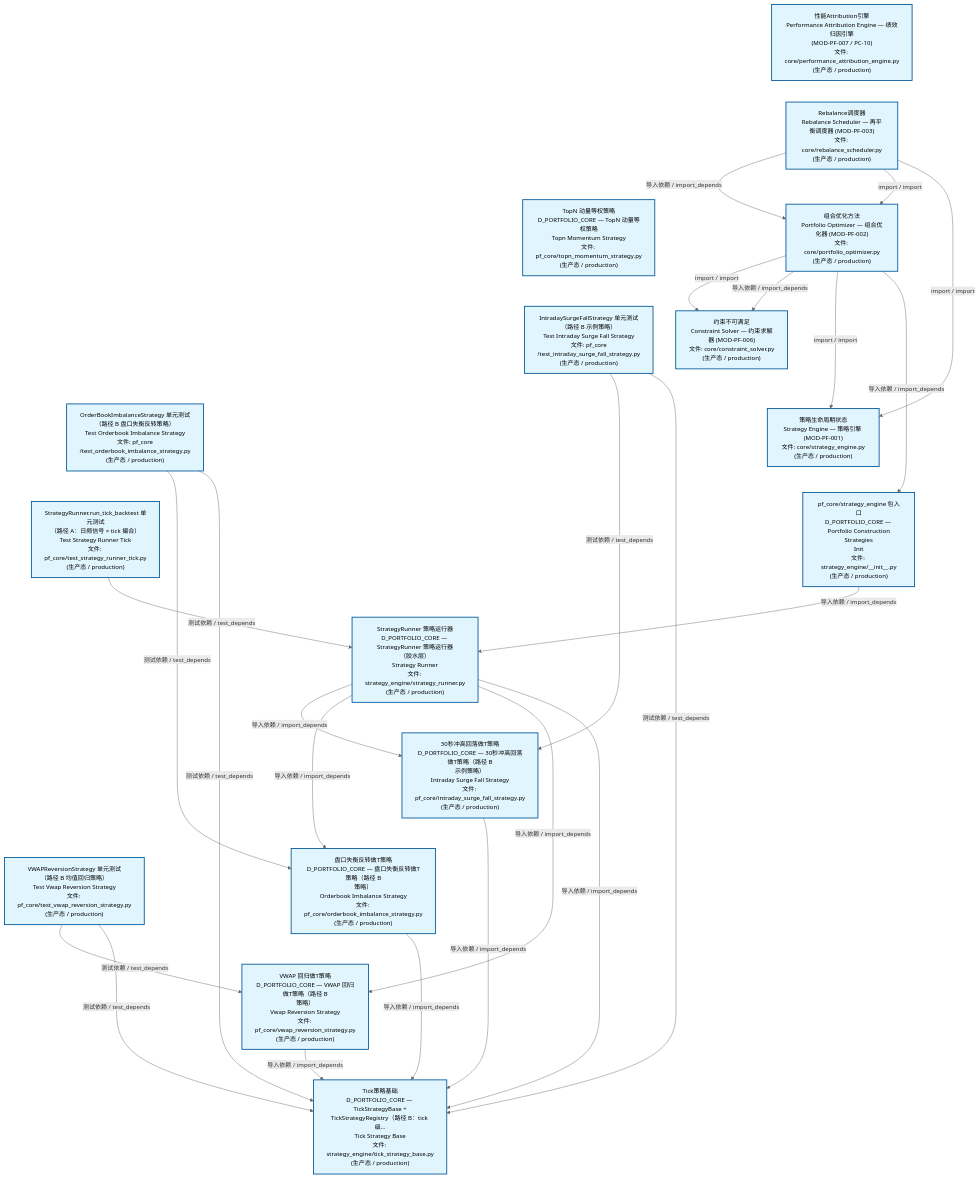
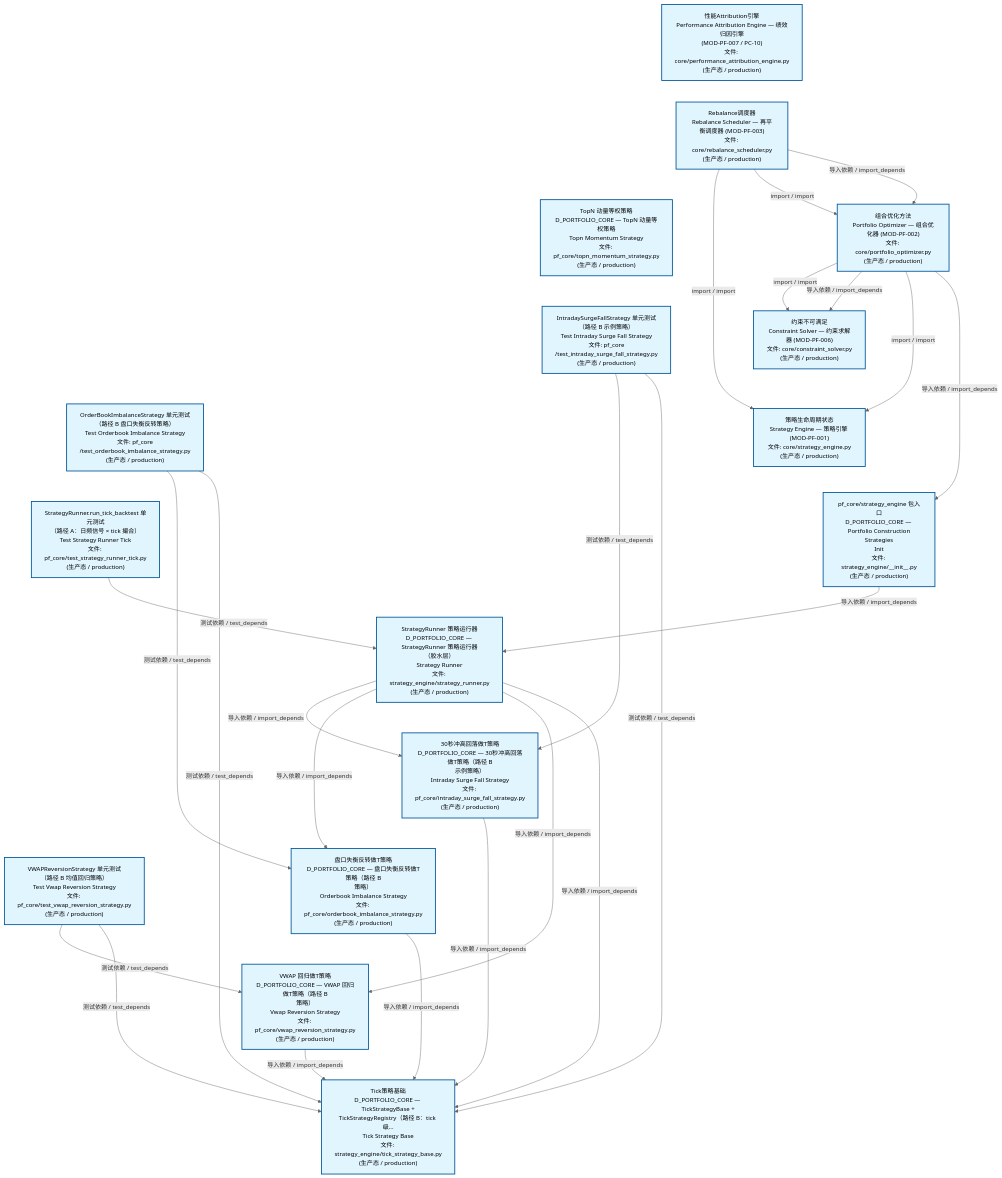
The second of 3 diagrams in docs/02_enterprise_architecture/02_domain_architecture_docs/63_d_pf_core.md (xuanFelixVan/ZephyrAlpha), drawn with Mermaid before and after one commit. The commit also changed other lines of this file and 50 other files, not shown here.

````diff
--- a/docs/02_enterprise_architecture/02_domain_architecture_docs/63_d_pf_core.md
+++ b/docs/02_enterprise_architecture/02_domain_architecture_docs/63_d_pf_core.md
@@ -140,57 +140,57 @@
 ```mermaid
 %%{init: {'theme': 'base', 'themeVariables': {'primaryColor': '#eaeaea', 'primaryTextColor': '#333333', 'primaryBorderColor': '#666666', 'lineColor': '#666666', 'secondaryColor': '#eaeaea', 'tertiaryColor': '#eaeaea', 'fontSize': '14px'}}}%%
 flowchart TD
     src_zephyr_pf_core_core_performance_attribution_engine_py["性能Attribution引擎<br/>Performance Attribution Engine — 绩效归因引擎<br/>(MOD-PF-007 / PC-10)<br/>文件: core/performance_attribution_engine.py<br/>(生产态 / production)"]
     src_zephyr_pf_core_core_rebalance_scheduler_py["Rebalance调度器<br/>Rebalance Scheduler — 再平衡调度器 (MOD-PF-003)<br/>文件: core/rebalance_scheduler.py<br/>(生产态 / production)"]
     src_zephyr_pf_core_topn_momentum_strategy_py["TopN 动量等权策略<br/>D_PORTFOLIO_CORE — TopN 动量等权策略<br/>Topn Momentum Strategy<br/>文件: pf_core/topn_momentum_strategy.py<br/>(生产态 / production)"]
     tests_pf_core_test_intraday_surge_fall_strategy_py["IntradaySurgeFallStrategy 单元测试<br/>（路径 B 示例策略）<br/>Test Intraday Surge Fall Strategy<br/>文件: pf_core<br/>/test_intraday_surge_fall_strategy.py<br/>(生产态 / production)"]
     tests_pf_core_test_orderbook_imbalance_strategy_py["OrderBookImbalanceStrategy 单元测试<br/>（路径 B 盘口失衡反转策略）<br/>Test Orderbook Imbalance Strategy<br/>文件: pf_core<br/>/test_orderbook_imbalance_strategy.py<br/>(生产态 / production)"]
     tests_pf_core_test_strategy_runner_tick_py["StrategyRunner.run_tick_backtest 单元测试<br/>（路径 A：日频信号 × tick 撮合）<br/>Test Strategy Runner Tick<br/>文件: pf_core/test_strategy_runner_tick.py<br/>(生产态 / production)"]
     tests_pf_core_test_vwap_reversion_strategy_py["VWAPReversionStrategy 单元测试<br/>（路径 B 均值回归策略）<br/>Test Vwap Reversion Strategy<br/>文件: pf_core/test_vwap_reversion_strategy.py<br/>(生产态 / production)"]
     src_zephyr_pf_core_core_performance_attribution_engine_py ~~~ src_zephyr_pf_core_core_rebalance_scheduler_py
     src_zephyr_pf_core_core_rebalance_scheduler_py ~~~ src_zephyr_pf_core_topn_momentum_strategy_py
     src_zephyr_pf_core_topn_momentum_strategy_py ~~~ tests_pf_core_test_intraday_surge_fall_strategy_py
     tests_pf_core_test_intraday_surge_fall_strategy_py ~~~ tests_pf_core_test_orderbook_imbalance_strategy_py
     tests_pf_core_test_orderbook_imbalance_strategy_py ~~~ tests_pf_core_test_strategy_runner_tick_py
     tests_pf_core_test_strategy_runner_tick_py ~~~ tests_pf_core_test_vwap_reversion_strategy_py
     src_zephyr_pf_core_core_portfolio_optimizer_py["组合优化方法<br/>Portfolio Optimizer — 组合优化器 (MOD-PF-002)<br/>文件: core/portfolio_optimizer.py<br/>(生产态 / production)"]
     src_zephyr_pf_core_core_constraint_solver_py["约束不可满足<br/>Constraint Solver — 约束求解器 (MOD-PF-006)<br/>文件: core/constraint_solver.py<br/>(生产态 / production)"]
     src_zephyr_pf_core_core_strategy_engine_py["策略生命周期状态<br/>Strategy Engine — 策略引擎 (MOD-PF-001)<br/>文件: core/strategy_engine.py<br/>(生产态 / production)"]
     src_zephyr_pf_core_strategy_engine_init_py["pf_core/strategy_engine 包入口<br/>D_PORTFOLIO_CORE — Portfolio Construction<br/>Strategies<br/>Init<br/>文件: strategy_engine/__init__.py<br/>(生产态 / production)"]
     src_zephyr_pf_core_core_constraint_solver_py ~~~ src_zephyr_pf_core_core_strategy_engine_py
     src_zephyr_pf_core_core_strategy_engine_py ~~~ src_zephyr_pf_core_strategy_engine_init_py
     src_zephyr_pf_core_strategy_engine_strategy_runner_py["StrategyRunner 策略运行器<br/>D_PORTFOLIO_CORE — StrategyRunner 策略运行器<br/>（胶水层）<br/>Strategy Runner<br/>文件: strategy_engine/strategy_runner.py<br/>(生产态 / production)"]
     src_zephyr_pf_core_intraday_surge_fall_strategy_py["30秒冲高回落做T策略<br/>D_PORTFOLIO_CORE — 30秒冲高回落做T策略（路径 B<br/>示例策略）<br/>Intraday Surge Fall Strategy<br/>文件: pf_core/intraday_surge_fall_strategy.py<br/>(生产态 / production)"]
     src_zephyr_pf_core_orderbook_imbalance_strategy_py["盘口失衡反转做T策略<br/>D_PORTFOLIO_CORE — 盘口失衡反转做T策略（路径 B<br/>策略）<br/>Orderbook Imbalance Strategy<br/>文件: pf_core/orderbook_imbalance_strategy.py<br/>(生产态 / production)"]
     src_zephyr_pf_core_vwap_reversion_strategy_py["VWAP 回归做T策略<br/>D_PORTFOLIO_CORE — VWAP 回归做T策略（路径 B<br/>策略）<br/>Vwap Reversion Strategy<br/>文件: pf_core/vwap_reversion_strategy.py<br/>(生产态 / production)"]
     src_zephyr_pf_core_intraday_surge_fall_strategy_py ~~~ src_zephyr_pf_core_orderbook_imbalance_strategy_py
     src_zephyr_pf_core_orderbook_imbalance_strategy_py ~~~ src_zephyr_pf_core_vwap_reversion_strategy_py
     src_zephyr_pf_core_strategy_engine_tick_strategy_base_py["Tick策略基础<br/>D_PORTFOLIO_CORE — TickStrategyBase +<br/>TickStrategyRegistry（路径 B：tick 级...<br/>Tick Strategy Base<br/>文件: strategy_engine/tick_strategy_base.py<br/>(生产态 / production)"]
     src_zephyr_pf_core_intraday_surge_fall_strategy_py -->|导入依赖 / import_depends| src_zephyr_pf_core_strategy_engine_tick_strategy_base_py
     src_zephyr_pf_core_orderbook_imbalance_strategy_py -->|导入依赖 / import_depends| src_zephyr_pf_core_strategy_engine_tick_strategy_base_py
+    src_zephyr_pf_core_core_rebalance_scheduler_py -->|import / import| src_zephyr_pf_core_core_strategy_engine_py
+    src_zephyr_pf_core_core_rebalance_scheduler_py -->|import / import| src_zephyr_pf_core_core_portfolio_optimizer_py
+    src_zephyr_pf_core_core_rebalance_scheduler_py -->|导入依赖 / import_depends| src_zephyr_pf_core_core_portfolio_optimizer_py
     src_zephyr_pf_core_vwap_reversion_strategy_py -->|导入依赖 / import_depends| src_zephyr_pf_core_strategy_engine_tick_strategy_base_py
-    src_zephyr_pf_core_core_rebalance_scheduler_py -->|导入依赖 / import_depends| src_zephyr_pf_core_core_portfolio_optimizer_py
-    src_zephyr_pf_core_core_rebalance_scheduler_py -->|import / import| src_zephyr_pf_core_core_portfolio_optimizer_py
-    src_zephyr_pf_core_core_rebalance_scheduler_py -->|import / import| src_zephyr_pf_core_core_strategy_engine_py
     src_zephyr_pf_core_strategy_engine_strategy_runner_py -->|导入依赖 / import_depends| src_zephyr_pf_core_intraday_surge_fall_strategy_py
     src_zephyr_pf_core_strategy_engine_strategy_runner_py -->|导入依赖 / import_depends| src_zephyr_pf_core_orderbook_imbalance_strategy_py
     src_zephyr_pf_core_strategy_engine_strategy_runner_py -->|导入依赖 / import_depends| src_zephyr_pf_core_vwap_reversion_strategy_py
     src_zephyr_pf_core_strategy_engine_strategy_runner_py -->|导入依赖 / import_depends| src_zephyr_pf_core_strategy_engine_tick_strategy_base_py
     src_zephyr_pf_core_core_portfolio_optimizer_py -->|import / import| src_zephyr_pf_core_core_constraint_solver_py
     src_zephyr_pf_core_core_portfolio_optimizer_py -->|导入依赖 / import_depends| src_zephyr_pf_core_core_constraint_solver_py
     src_zephyr_pf_core_core_portfolio_optimizer_py -->|import / import| src_zephyr_pf_core_core_strategy_engine_py
     src_zephyr_pf_core_core_portfolio_optimizer_py -->|导入依赖 / import_depends| src_zephyr_pf_core_strategy_engine_init_py
     src_zephyr_pf_core_strategy_engine_init_py -->|导入依赖 / import_depends| src_zephyr_pf_core_strategy_engine_strategy_runner_py
+    tests_pf_core_test_orderbook_imbalance_strategy_py -->|测试依赖 / test_depends| src_zephyr_pf_core_orderbook_imbalance_strategy_py
+    tests_pf_core_test_orderbook_imbalance_strategy_py -->|测试依赖 / test_depends| src_zephyr_pf_core_strategy_engine_tick_strategy_base_py
     tests_pf_core_test_intraday_surge_fall_strategy_py -->|测试依赖 / test_depends| src_zephyr_pf_core_intraday_surge_fall_strategy_py
     tests_pf_core_test_intraday_surge_fall_strategy_py -->|测试依赖 / test_depends| src_zephyr_pf_core_strategy_engine_tick_strategy_base_py
-    tests_pf_core_test_orderbook_imbalance_strategy_py -->|测试依赖 / test_depends| src_zephyr_pf_core_orderbook_imbalance_strategy_py
-    tests_pf_core_test_orderbook_imbalance_strategy_py -->|测试依赖 / test_depends| src_zephyr_pf_core_strategy_engine_tick_strategy_base_py
     tests_pf_core_test_strategy_runner_tick_py -->|测试依赖 / test_depends| src_zephyr_pf_core_strategy_engine_strategy_runner_py
     tests_pf_core_test_vwap_reversion_strategy_py -->|测试依赖 / test_depends| src_zephyr_pf_core_vwap_reversion_strategy_py
     tests_pf_core_test_vwap_reversion_strategy_py -->|测试依赖 / test_depends| src_zephyr_pf_core_strategy_engine_tick_strategy_base_py
     classDef production fill:#e1f5fe,stroke:#01579b,stroke-width:2px,color:#000
     classDef design fill:#fff3e0,stroke:#e65100,stroke-width:2px,color:#000,stroke-dasharray: 5 5
     classDef external_prod fill:#e8f4fd,stroke:#0277bd,stroke-width:1px,color:#000
     classDef external_design fill:#fff8e7,stroke:#ef6c00,stroke-width:1px,color:#000,stroke-dasharray: 5 5
     class src_zephyr_pf_core_core_constraint_solver_py,src_zephyr_pf_core_core_performance_attribution_engine_py,src_zephyr_pf_core_core_portfolio_optimizer_py,src_zephyr_pf_core_core_rebalance_scheduler_py,src_zephyr_pf_core_core_strategy_engine_py,src_zephyr_pf_core_intraday_surge_fall_strategy_py,src_zephyr_pf_core_orderbook_imbalance_strategy_py,src_zephyr_pf_core_strategy_engine_init_py,src_zephyr_pf_core_strategy_engine_strategy_runner_py,src_zephyr_pf_core_strategy_engine_tick_strategy_base_py,src_zephyr_pf_core_topn_momentum_strategy_py,src_zephyr_pf_core_vwap_reversion_strategy_py,tests_pf_core_test_intraday_surge_fall_strategy_py,tests_pf_core_test_orderbook_imbalance_strategy_py,tests_pf_core_test_strategy_runner_tick_py,tests_pf_core_test_vwap_reversion_strategy_py production
 ```
````
